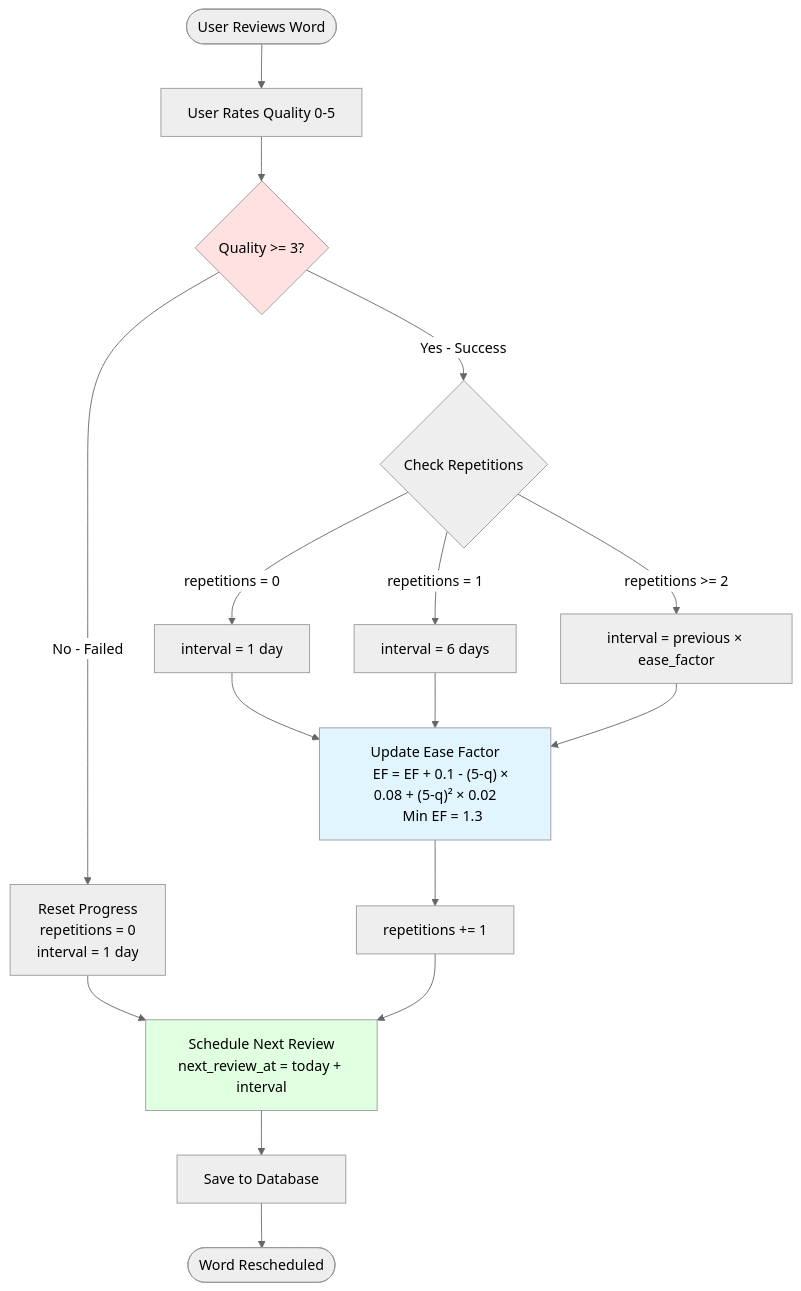
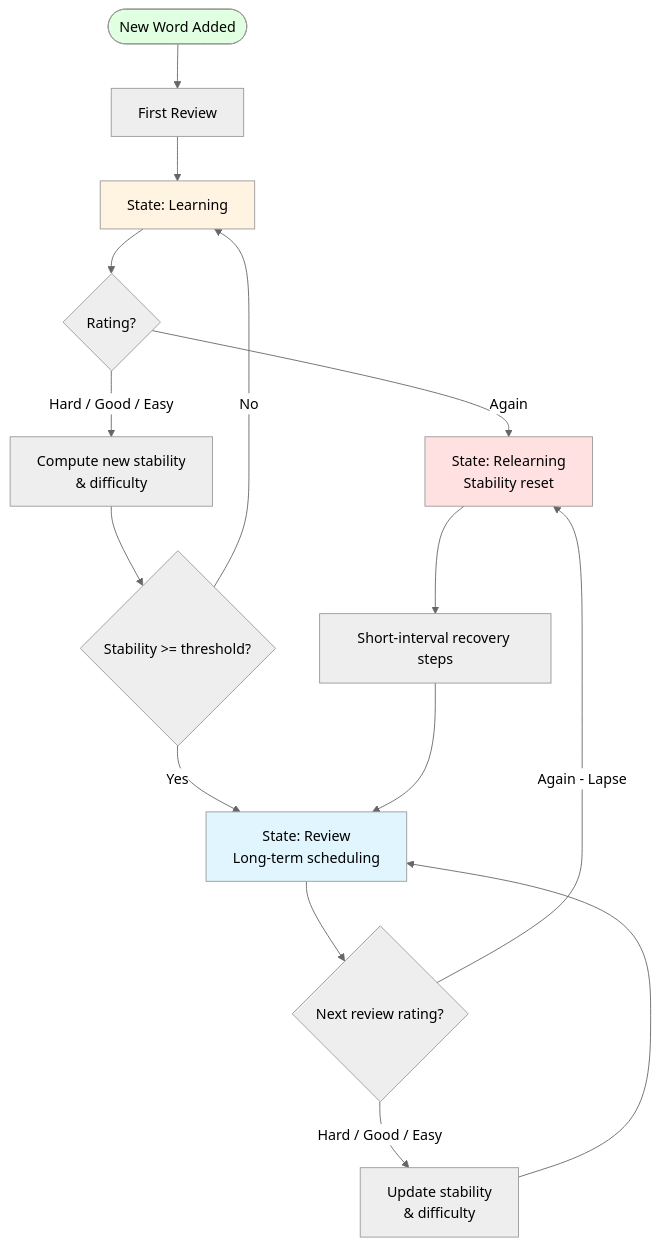
Before and after one commit to MirazZim/LexCore: the third of 6 diagrams in README.md, drawn with Mermaid (neutral theme). The commit also changed other lines of this file and 1 other file, not shown here.

````diff
--- a/README.md
+++ b/README.md
@@ -169,29 +173,28 @@
 ```mermaid
 flowchart TD
-    Start([User Reviews Word]) --> Rate[User Rates Quality 0-5]
-    Rate --> Check{Quality >= 3?}
+    New([New Word Added]) --> FirstReview[First Review]
+    FirstReview --> Learning[State: Learning]
 
-    Check -->|No - Failed| Reset[Reset Progress<br/>repetitions = 0<br/>interval = 1 day]
-    Check -->|Yes - Success| CheckRep{Check Repetitions}
+    Learning --> RateAgain{Rating?}
 
-    CheckRep -->|repetitions = 0| First[interval = 1 day]
-    CheckRep -->|repetitions = 1| Second[interval = 6 days]
-    CheckRep -->|repetitions >= 2| Calculate[interval = previous × ease_factor]
+    RateAgain -->|Again| Relearning[State: Relearning<br/>Stability reset]
+    RateAgain -->|Hard / Good / Easy| StabilityCalc[Compute new stability<br/>& difficulty]
 
-    First --> UpdateEase
-    Second --> UpdateEase
-    Calculate --> UpdateEase
-    Reset --> Schedule
+    StabilityCalc --> CheckState{Stability >= threshold?}
 
-    UpdateEase["Update Ease Factor
-    EF = EF + 0.1 - (5-q) × 0.08 + (5-q)² × 0.02
-    Min EF = 1.3"] --> Increment[repetitions += 1]
+    CheckState -->|No| Learning
+    CheckState -->|Yes| Review[State: Review<br/>Long-term scheduling]
 
-    Increment --> Schedule[Schedule Next Review<br/>next_review_at = today + interval]
-    Schedule --> Save[Save to Database]
-    Save --> End([Word Rescheduled])
+    Review --> RateLater{Next review rating?}
+    RateLater -->|Again - Lapse| Relearning
+    RateLater -->|Hard / Good / Easy| StabilityUpdate[Update stability<br/>& difficulty]
+    StabilityUpdate --> Review
 
-    style Check fill:#ffe1e1
-    style UpdateEase fill:#e1f5ff
-    style Schedule fill:#e1ffe1
+    Relearning --> Recovery[Short-interval recovery steps]
+    Recovery --> Review
+
+    style New fill:#e1ffe1
+    style Learning fill:#fff4e1
+    style Review fill:#e1f5ff
+    style Relearning fill:#ffe1e1
 ```
````
